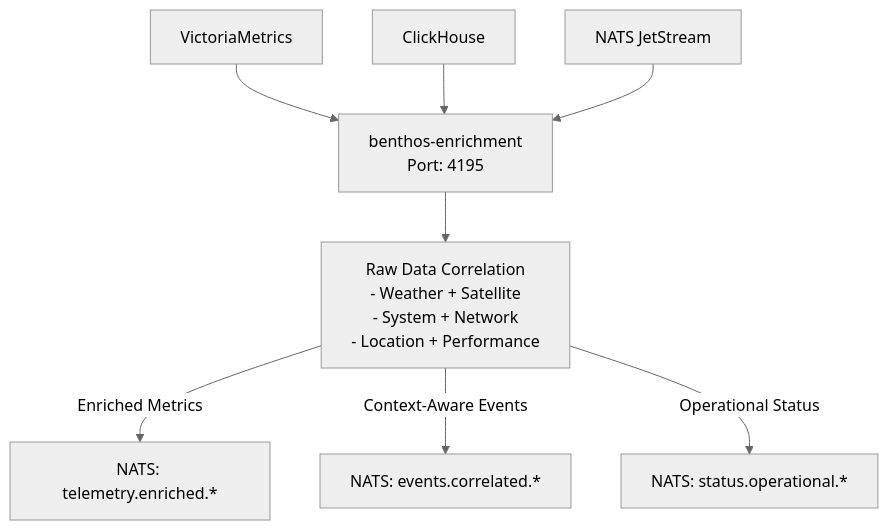
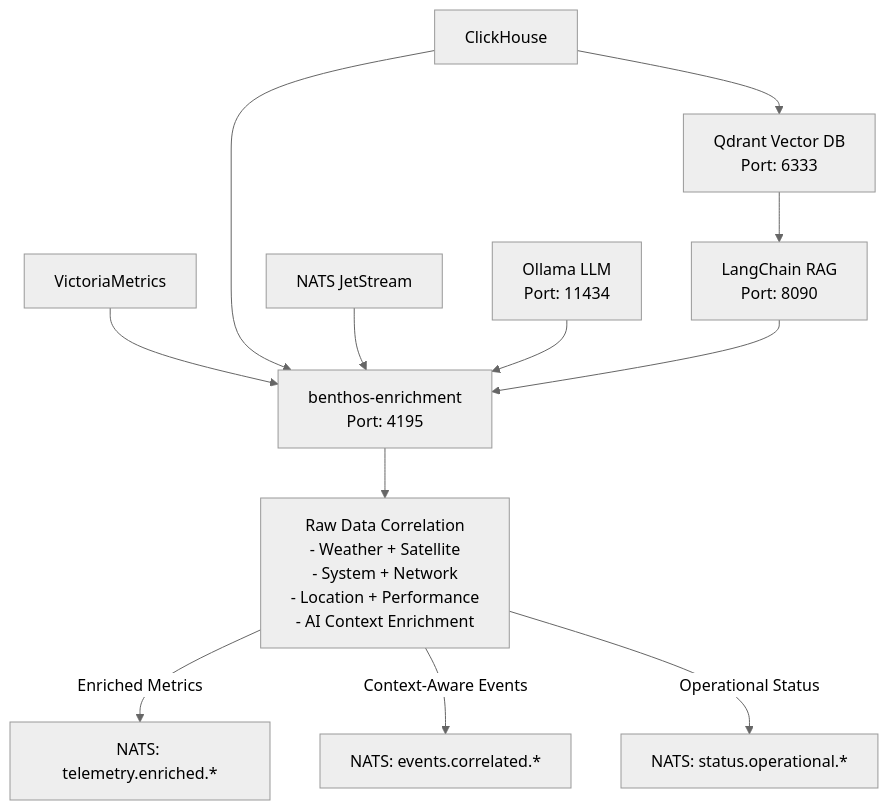
One commit to iLodeStar/AIOps-NAAS changed the second of 9 diagrams in docs/comprehensive-data-flow-diagram.md. Above: the diagram before and after it, drawn with Mermaid (neutral theme). The commit also changed other lines of this file and 1 other file, not shown here.

Commit message:
Fix Mermaid diagram syntax with quotes and add comprehensive AI/ML integration documentation

````diff
--- a/docs/comprehensive-data-flow-diagram.md
+++ b/docs/comprehensive-data-flow-diagram.md
@@ -55,15 +55,21 @@
 ```mermaid
 graph TD
     %% Storage to enrichment
-    G1[VictoriaMetrics] --> H1[benthos-enrichment<br/>Port: 4195]
-    G2[ClickHouse] --> H1
-    G3[NATS JetStream] --> H1
+    G1["VictoriaMetrics"] --> H1["benthos-enrichment<br/>Port: 4195"]
+    G2["ClickHouse"] --> H1
+    G3["NATS JetStream"] --> H1
+
+    %% AI/ML Integration
+    ML1["Ollama LLM<br/>Port: 11434"] --> H1
+    ML2["Qdrant Vector DB<br/>Port: 6333"] --> ML3["LangChain RAG<br/>Port: 8090"]
+    G2 --> ML2
+    ML3 --> H1
 
     %% Enrichment processing
-    H1 --> H2[Raw Data Correlation<br/>- Weather + Satellite<br/>- System + Network<br/>- Location + Performance]
+    H1 --> H2["Raw Data Correlation<br/>- Weather + Satellite<br/>- System + Network<br/>- Location + Performance<br/>- AI Context Enrichment"]
     
     %% Enriched data outputs
-    H2 -->|Enriched Metrics| I1[NATS: telemetry.enriched.*]
-    H2 -->|Context-Aware Events| I2[NATS: events.correlated.*]
-    H2 -->|Operational Status| I3[NATS: status.operational.*]
+    H2 -->|"Enriched Metrics"| I1["NATS: telemetry.enriched.*"]
+    H2 -->|"Context-Aware Events"| I2["NATS: events.correlated.*"]
+    H2 -->|"Operational Status"| I3["NATS: status.operational.*"]
 ```
````
